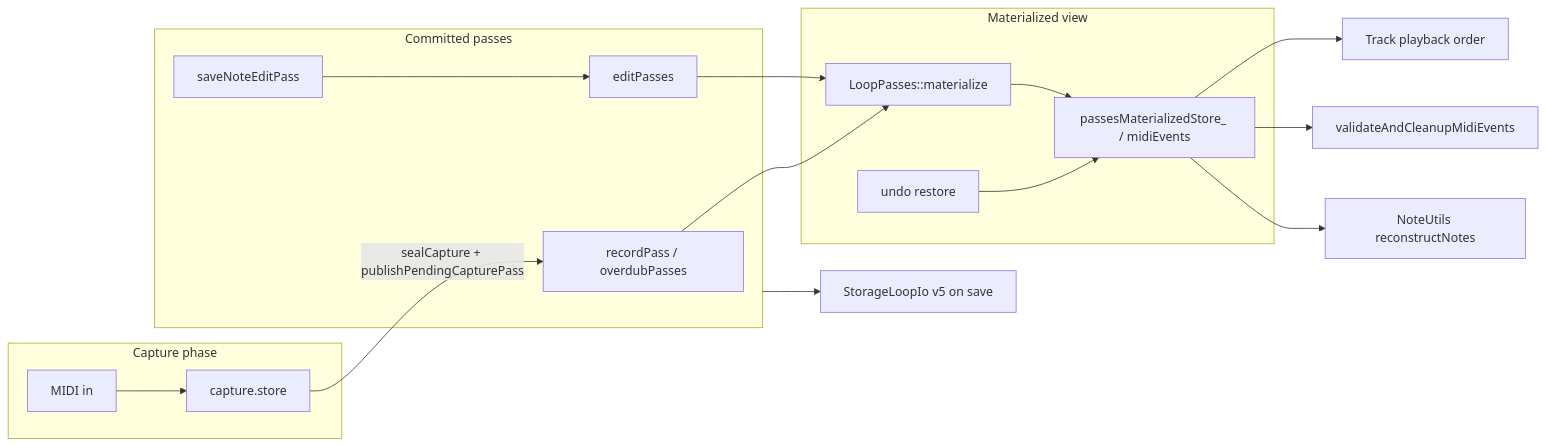
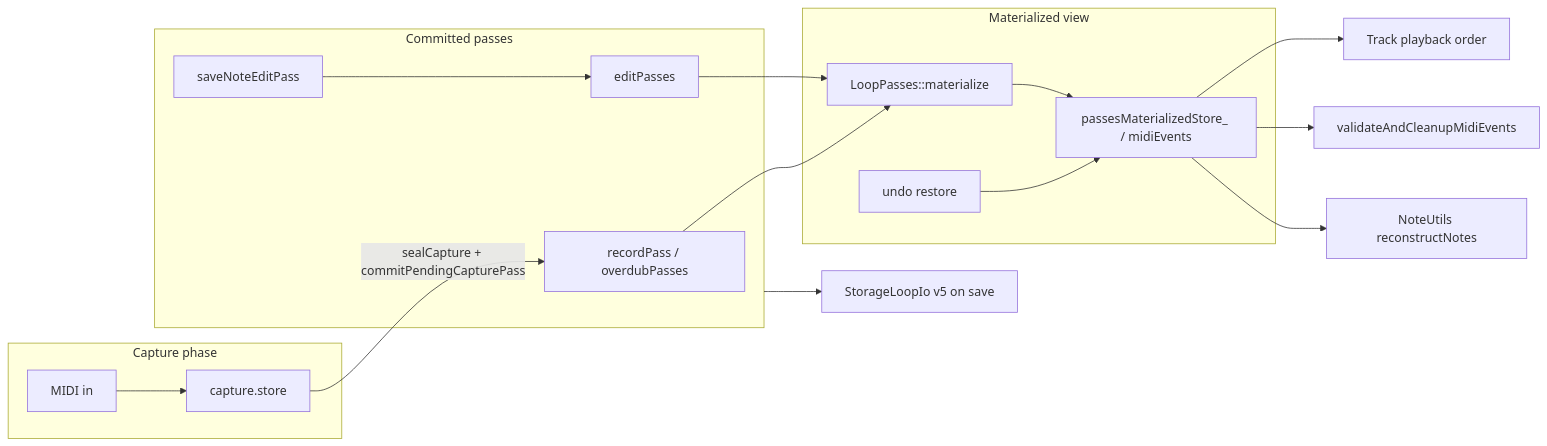
The diagram in docs/Guides/LOOP_MIDI_STORAGE_AND_VALIDATION.md (Lytrix/MidiLooper), drawn with Mermaid before and after one commit. The commit also changed other lines of this file and 37 other files, not shown here.

````diff
--- a/docs/Guides/LOOP_MIDI_STORAGE_AND_VALIDATION.md
+++ b/docs/Guides/LOOP_MIDI_STORAGE_AND_VALIDATION.md
@@ -19,20 +19,20 @@
 ```mermaid
 flowchart LR
   subgraph capture [Capture phase]
     IN[MIDI in] --> captureStore[capture.store]
   end
   subgraph passes [Committed passes]
-    captureStore -->|sealCapture + publishPendingCapturePass| recordPass[recordPass / overdubPasses]
+    captureStore -->|sealCapture + commitPendingCapturePass| recordPass[recordPass / overdubPasses]
     saveEdit[saveNoteEditPass] --> editPasses[editPasses]
   end
   subgraph materialized [Materialized view]
     recordPass --> materialize[LoopPasses::materialize]
     editPasses --> materialize
     materialize --> materializedStore[passesMaterializedStore_ / midiEvents]
     undoRestore[undo restore] --> materializedStore
   end
   materializedStore --> playback[Track playback order]
   materializedStore --> validate[validateAndCleanupMidiEvents]
   materializedStore --> display[NoteUtils reconstructNotes]
   passes --> sdSave[StorageLoopIo v5 on save]
 ```
````
